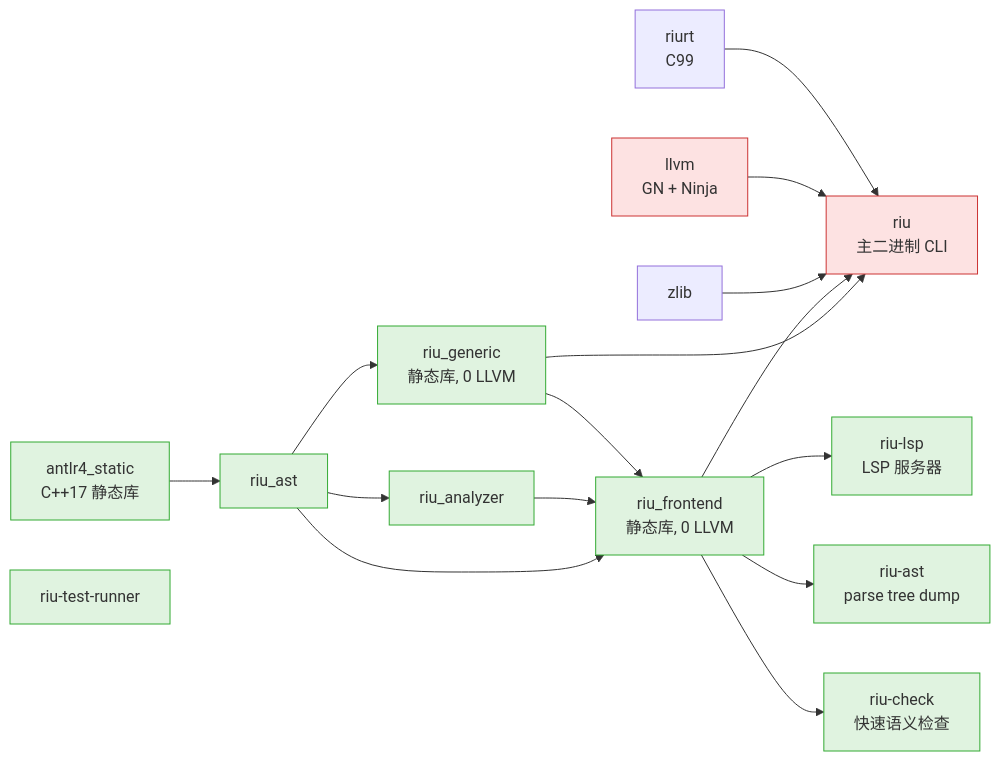
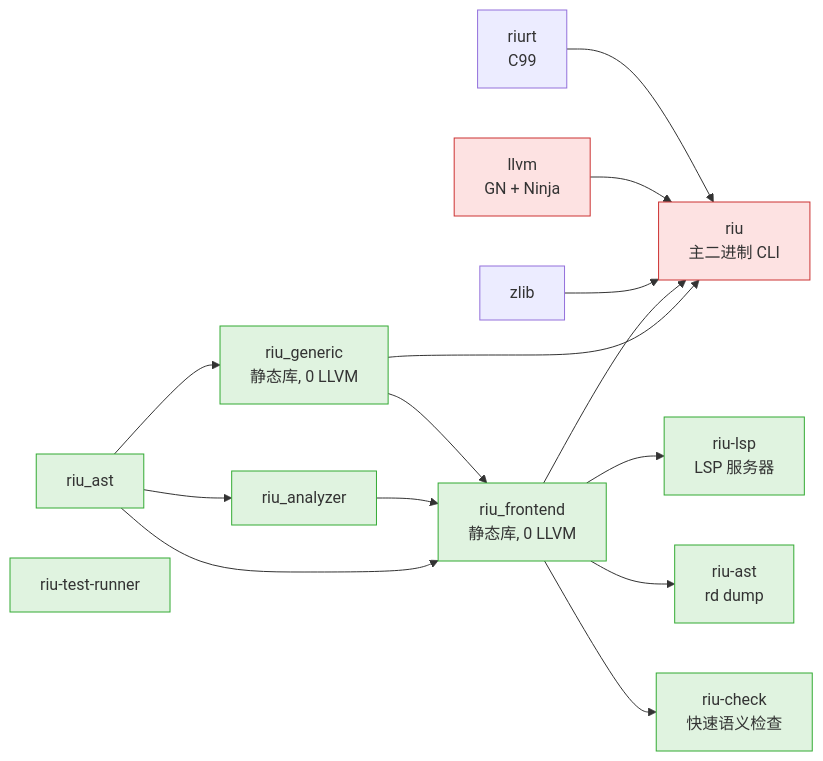
One commit to riu-lang/riu changed the first of 6 diagrams in riu.md. Above: the diagram before and after it, drawn with Mermaid. The commit also changed other lines of this file and 40 other files, not shown here.

````diff
--- a/riu.md
+++ b/riu.md
@@ -11,38 +11,36 @@
 ```mermaid
 graph LR
-    antlr[antlr4_static<br/>C++17 静态库]
     zlib[zlib]
     llvm[llvm<br/>GN + Ninja]
     astlib[riu_ast]
     analyzer[riu_analyzer]
     generic[riu_generic<br/>静态库, 0 LLVM]
     rt[riurt<br/>C99]
 
     frontend[riu_frontend<br/>静态库, 0 LLVM]
 
     riu[riu<br/>主二进制 CLI]
     lsp[riu-lsp<br/>LSP 服务器]
-    ast[riu-ast<br/>parse tree dump]
+    ast[riu-ast<br/>rd dump]
     check[riu-check<br/>快速语义检查]
     runner[riu-test-runner]
 
-    antlr --> astlib
     astlib --> analyzer
     astlib --> generic
     astlib --> frontend
     analyzer --> frontend
     generic --> frontend
     generic --> riu
     frontend --> riu
     zlib --> riu
     llvm --> riu
     rt --> riu
     frontend --> lsp
     frontend --> ast
     frontend --> check
 
     classDef nollvm fill:#e0f3e0,stroke:#3a3
     classDef llvmDep fill:#fde2e2,stroke:#c33
-    class frontend,lsp,ast,check,astlib,analyzer,generic,antlr,runner nollvm
+    class frontend,lsp,ast,check,astlib,analyzer,generic,runner nollvm
     class llvm,riu llvmDep
 ```
````
